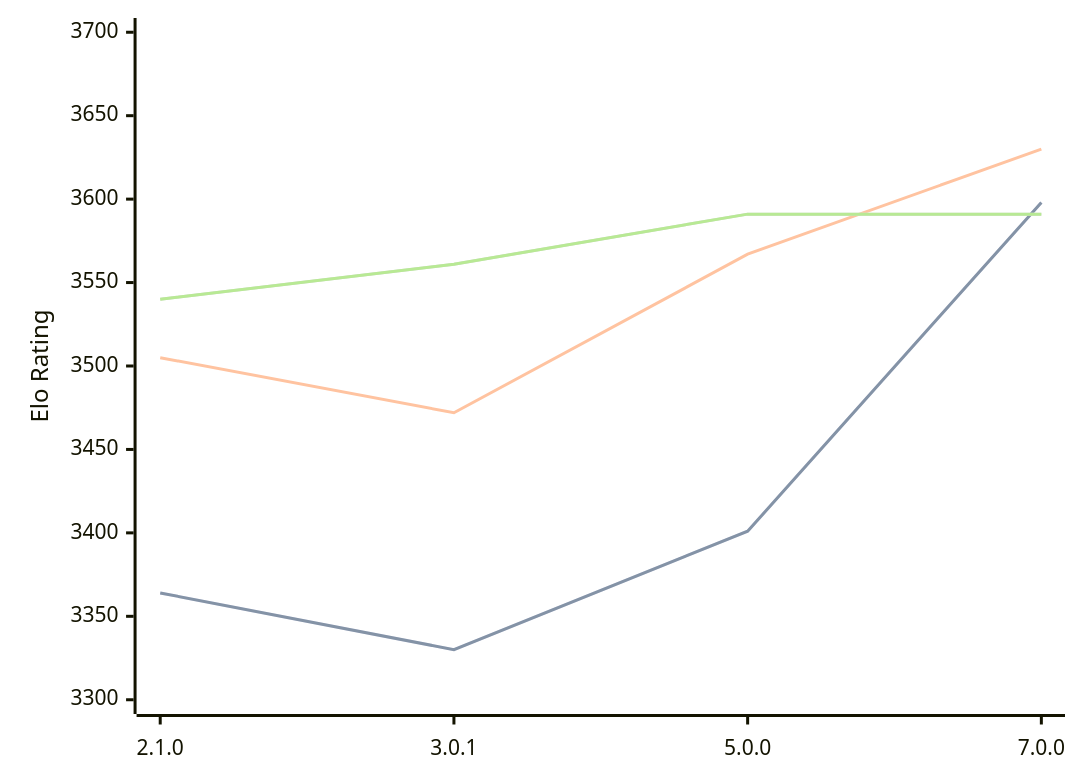
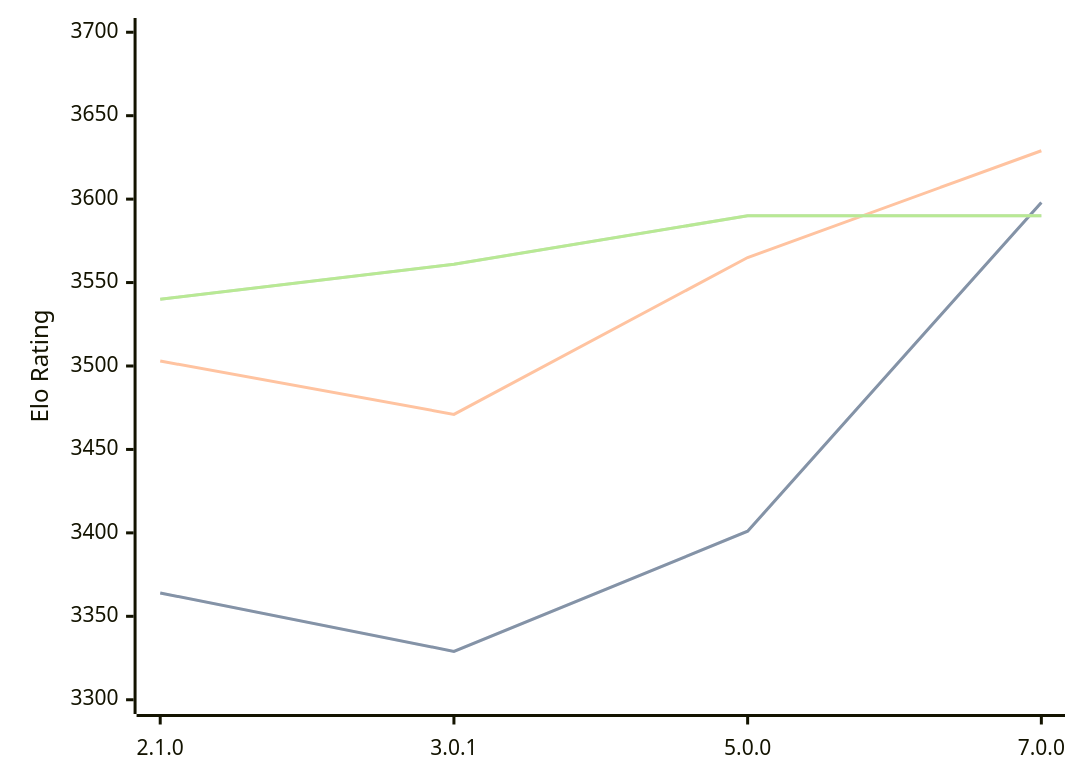
One commit to computer-chess-index/cci changed the diagram in engines/PlentyChess.md. Above: the diagram before and after it, drawn with Mermaid. The commit also changed other lines of this file, not shown here.

Commit message:
Update CCI Ratings (ELO VLTC) - 2026-03-15

````diff
--- a/engines/PlentyChess.md
+++ b/engines/PlentyChess.md
@@ -43,11 +43,11 @@
 ```mermaid
 %%{init: {"theme":"base","themeVariables":{"seriesColors:['#a3a3a3','#222221','#faa371']}}}%%
 xychart-beta
   x-axis ["2.1.0", "3.0.1", "5.0.0", "7.0.0"]
   y-axis "Elo Rating" 3300 --> 3700
-  line "STC (8.0+0.08s)" [3364, 3330, 3401, 3598]
-  line "STC (8.0+0.08s)" [3364, 3330, 3401, 3598]
-  line "LTC (60.0+0.60s)" [3505, 3472, 3567, 3630]
-  line "VLTC (2m24s+1.12s)" [3540, 3561, 3591, 3591]
-  line "VLTC (2m24s+1.12s)" [3540, 3561, 3591, 3591]
+  line "STC (8.0+0.08s)" [3364, 3329, 3401, 3598]
+  line "STC (8.0+0.08s)" [3364, 3329, 3401, 3598]
+  line "LTC (60.0+0.60s)" [3503, 3471, 3565, 3629]
+  line "VLTC (2m24s+1.12s)" [3540, 3561, 3590, 3590]
+  line "VLTC (2m24s+1.12s)" [3540, 3561, 3590, 3590]
 ```
````
